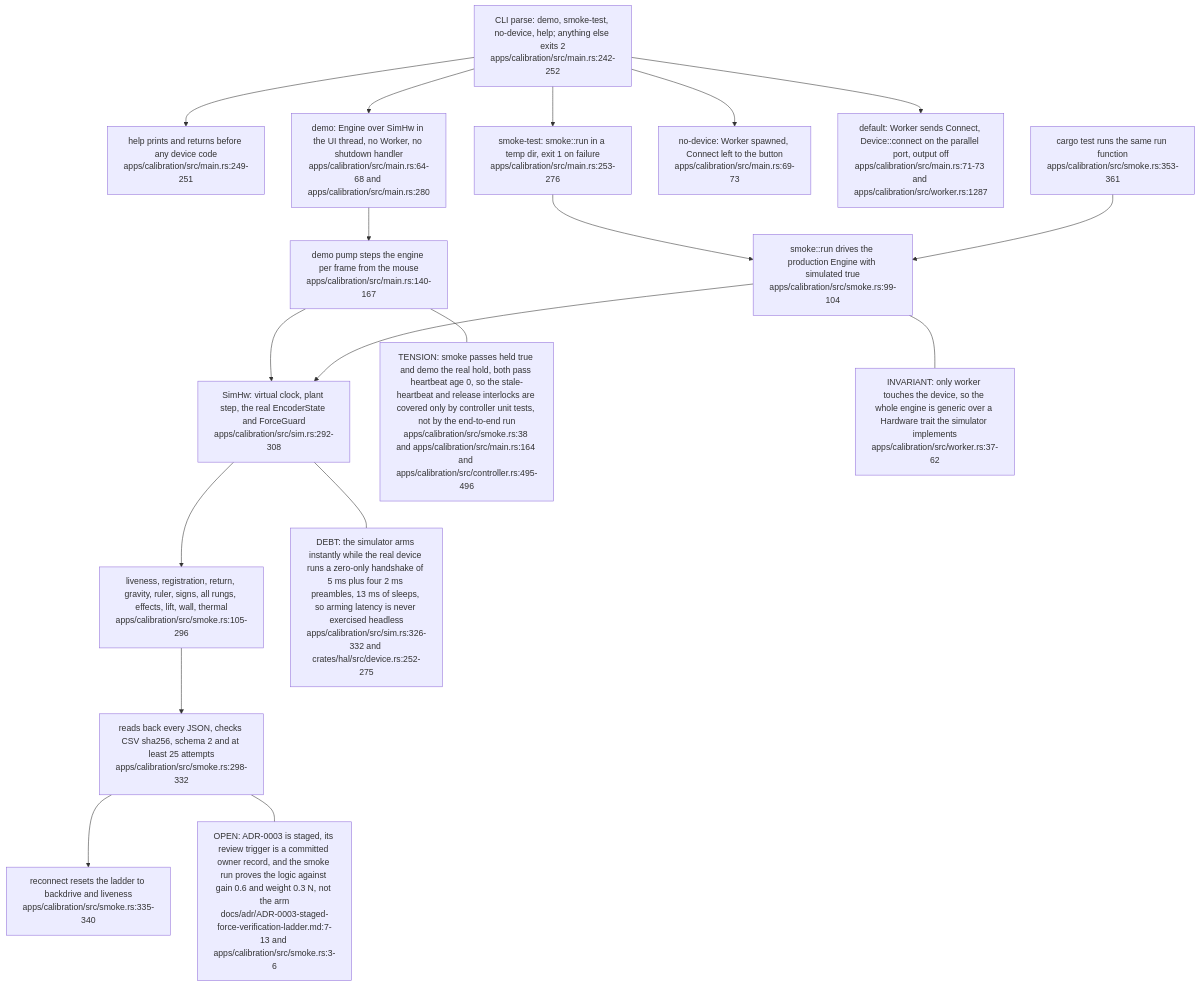
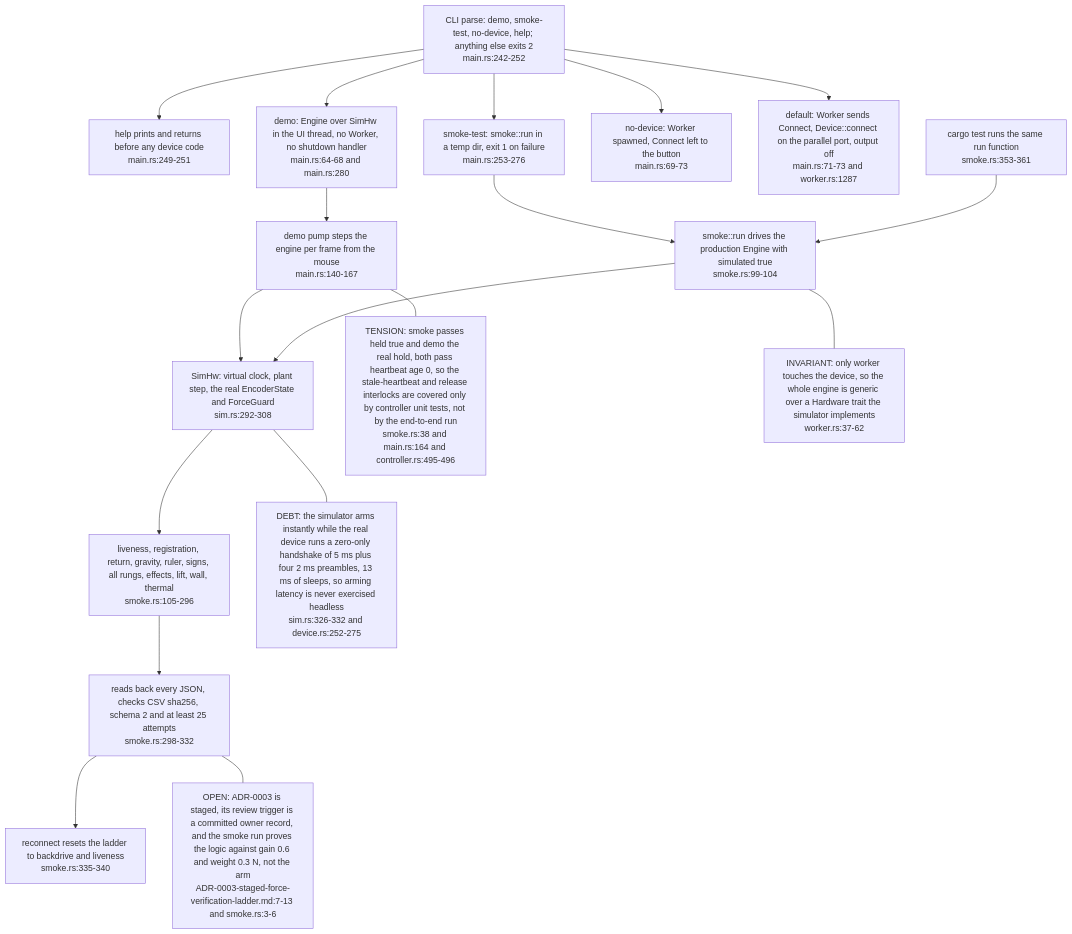
The sixth of 7 diagrams in docs/diagrams/visiontouch-rs/08-calibration-studio-and-verification-ladder.md (DreamLab-AI/VisionFlow), drawn with Mermaid before and after one commit. The commit also changed other lines of this file and 27 other files, not shown here.

````diff
--- a/docs/diagrams/visiontouch-rs/08-calibration-studio-and-verification-ladder.md
+++ b/docs/diagrams/visiontouch-rs/08-calibration-studio-and-verification-ladder.md
@@ -306,37 +311,37 @@
 ```mermaid
 flowchart TB
-    CLI["CLI parse: demo, smoke-test, no-device, help; anything else exits 2<br/>apps/calibration/src/main.rs:242-252"]
-    HELP["help prints and returns before any device code<br/>apps/calibration/src/main.rs:249-251"]
-    SMOKE["smoke-test: smoke::run in a temp dir, exit 1 on failure<br/>apps/calibration/src/main.rs:253-276"]
-    DEMO["demo: Engine over SimHw in the UI thread, no Worker, no shutdown handler<br/>apps/calibration/src/main.rs:64-68 and apps/calibration/src/main.rs:280"]
-    NODEV["no-device: Worker spawned, Connect left to the button<br/>apps/calibration/src/main.rs:69-73"]
-    REAL["default: Worker sends Connect, Device::connect on the parallel port, output off<br/>apps/calibration/src/main.rs:71-73 and apps/calibration/src/worker.rs:1287"]
-    RUN["smoke::run drives the production Engine with simulated true<br/>apps/calibration/src/smoke.rs:99-104"]
-    PLANT["SimHw: virtual clock, plant step, the real EncoderState and ForceGuard<br/>apps/calibration/src/sim.rs:292-308"]
-    LADDER["liveness, registration, return, gravity, ruler, signs, all rungs, effects, lift, wall, thermal<br/>apps/calibration/src/smoke.rs:105-296"]
-    VERIFY["reads back every JSON, checks CSV sha256, schema 2 and at least 25 attempts<br/>apps/calibration/src/smoke.rs:298-332"]
-    RECON["reconnect resets the ladder to backdrive and liveness<br/>apps/calibration/src/smoke.rs:335-340"]
-    TEST["cargo test runs the same run function<br/>apps/calibration/src/smoke.rs:353-361"]
-    PUMP["demo pump steps the engine per frame from the mouse<br/>apps/calibration/src/main.rs:140-167"]
+    CLI["CLI parse: demo, smoke-test, no-device, help; anything else exits 2<br/>main.rs:242-252"]
+    HELP["help prints and returns before any device code<br/>main.rs:249-251"]
+    SMOKE["smoke-test: smoke::run in a temp dir, exit 1 on failure<br/>main.rs:253-276"]
+    DEMO["demo: Engine over SimHw in the UI thread, no Worker, no shutdown handler<br/>main.rs:64-68 and main.rs:280"]
+    NODEV["no-device: Worker spawned, Connect left to the button<br/>main.rs:69-73"]
+    REAL["default: Worker sends Connect, Device::connect on the parallel port, output off<br/>main.rs:71-73 and worker.rs:1287"]
+    RUN["smoke::run drives the production Engine with simulated true<br/>smoke.rs:99-104"]
+    PLANT["SimHw: virtual clock, plant step, the real EncoderState and ForceGuard<br/>sim.rs:292-308"]
+    LADDER["liveness, registration, return, gravity, ruler, signs, all rungs, effects, lift, wall, thermal<br/>smoke.rs:105-296"]
+    VERIFY["reads back every JSON, checks CSV sha256, schema 2 and at least 25 attempts<br/>smoke.rs:298-332"]
+    RECON["reconnect resets the ladder to backdrive and liveness<br/>smoke.rs:335-340"]
+    TEST["cargo test runs the same run function<br/>smoke.rs:353-361"]
+    PUMP["demo pump steps the engine per frame from the mouse<br/>main.rs:140-167"]
     CLI --> HELP
     CLI --> SMOKE
     CLI --> DEMO
     CLI --> NODEV
     CLI --> REAL
     SMOKE --> RUN
     TEST --> RUN
     DEMO --> PUMP
     PUMP --> PLANT
     RUN --> PLANT
     PLANT --> LADDER
     LADDER --> VERIFY
     VERIFY --> RECON
-    N1["DEBT: the simulator arms instantly while the real device runs a zero-only handshake of 5 ms plus four 2 ms preambles, 13 ms of sleeps, so arming latency is never exercised headless<br/>apps/calibration/src/sim.rs:326-332 and crates/hal/src/device.rs:252-275"]
-    N2["TENSION: smoke passes held true and demo the real hold, both pass heartbeat age 0, so the stale-heartbeat and release interlocks are covered only by controller unit tests, not by the end-to-end run<br/>apps/calibration/src/smoke.rs:38 and apps/calibration/src/main.rs:164 and apps/calibration/src/controller.rs:495-496"]
-    N3["INVARIANT: only worker touches the device, so the whole engine is generic over a Hardware trait the simulator implements<br/>apps/calibration/src/worker.rs:37-62"]
-    N4["OPEN: ADR-0003 is staged, its review trigger is a committed owner record, and the smoke run proves the logic against gain 0.6 and weight 0.3 N, not the arm<br/>docs/adr/ADR-0003-staged-force-verification-ladder.md:7-13 and apps/calibration/src/smoke.rs:3-6"]
+    N1["DEBT: the simulator arms instantly while the real device runs a zero-only handshake of 5 ms plus four 2 ms preambles, 13 ms of sleeps, so arming latency is never exercised headless<br/>sim.rs:326-332 and device.rs:252-275"]
+    N2["TENSION: smoke passes held true and demo the real hold, both pass heartbeat age 0, so the stale-heartbeat and release interlocks are covered only by controller unit tests, not by the end-to-end run<br/>smoke.rs:38 and main.rs:164 and controller.rs:495-496"]
+    N3["INVARIANT: only worker touches the device, so the whole engine is generic over a Hardware trait the simulator implements<br/>worker.rs:37-62"]
+    N4["OPEN: ADR-0003 is staged, its review trigger is a committed owner record, and the smoke run proves the logic against gain 0.6 and weight 0.3 N, not the arm<br/>ADR-0003-staged-force-verification-ladder.md:7-13 and smoke.rs:3-6"]
     PLANT --- N1
     PUMP --- N2
     RUN --- N3
     VERIFY --- N4
 ```
````
